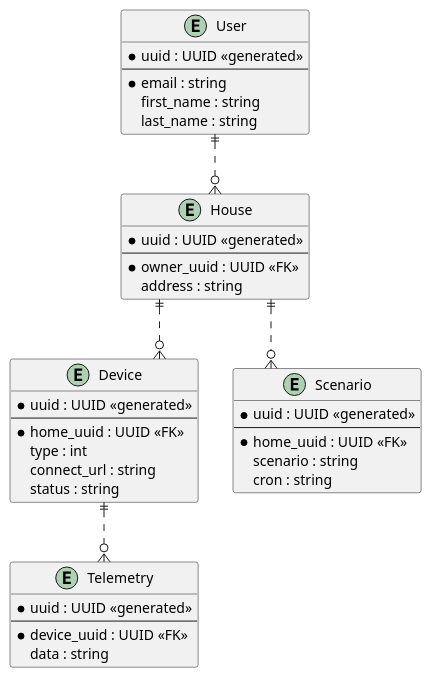
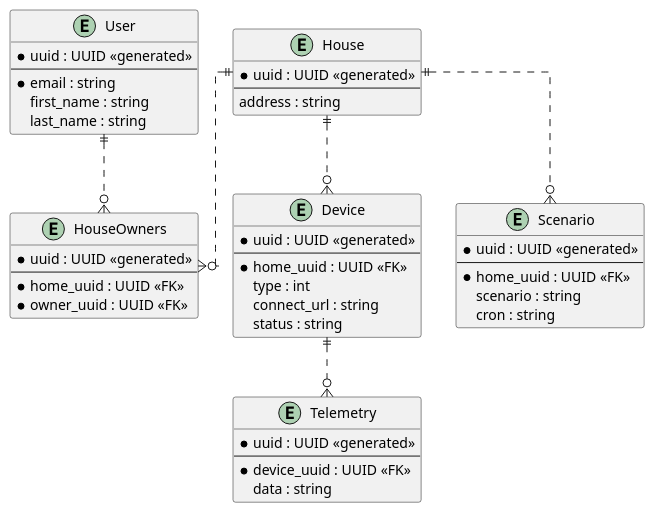
The diagram in smart-home-to-be/er-diagram.puml (zalivochkin/architecture-sprint-3), drawn with PlantUML before and after one commit. The commit also changed 3 other files, not shown here.

```diff
--- a/smart-home-to-be/er-diagram.puml
+++ b/smart-home-to-be/er-diagram.puml
@@ -1,49 +1,56 @@
 @startuml
 
 skinparam linetype ortho
 
 entity User {
   *uuid : UUID <<generated>>
   --
   *email : string
   first_name : string
   last_name : string
 }
 
 entity House {
   *uuid : UUID <<generated>>
   --
+  address : string
+}
+
+entity HouseOwners {
+  *uuid : UUID <<generated>>
+  --
+  *home_uuid : UUID <<FK>>
   *owner_uuid : UUID <<FK>>
-  address : string
 }
 
 entity Device {
   *uuid : UUID <<generated>>
   --
   *home_uuid : UUID <<FK>>
   type : int
   connect_url : string
   status : string
 }
 
 entity Scenario {
   *uuid : UUID <<generated>>
   --
   *home_uuid : UUID <<FK>>
   scenario : string
   cron : string
 }
 
 entity Telemetry {
   *uuid : UUID <<generated>>
   --
   *device_uuid : UUID <<FK>>
   data : string
 }
 
-User ||..o{ House
+User ||..o{ HouseOwners
+House ||..o{ HouseOwners
 House ||..o{ Device
 House ||..o{ Scenario
 Device ||..o{ Telemetry
 
 @enduml
```
